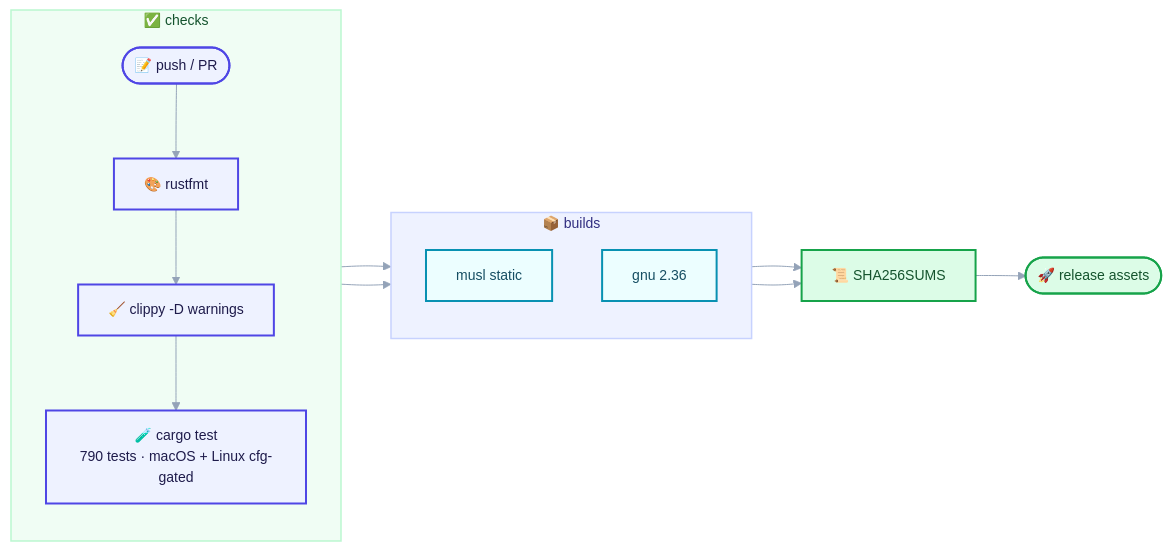
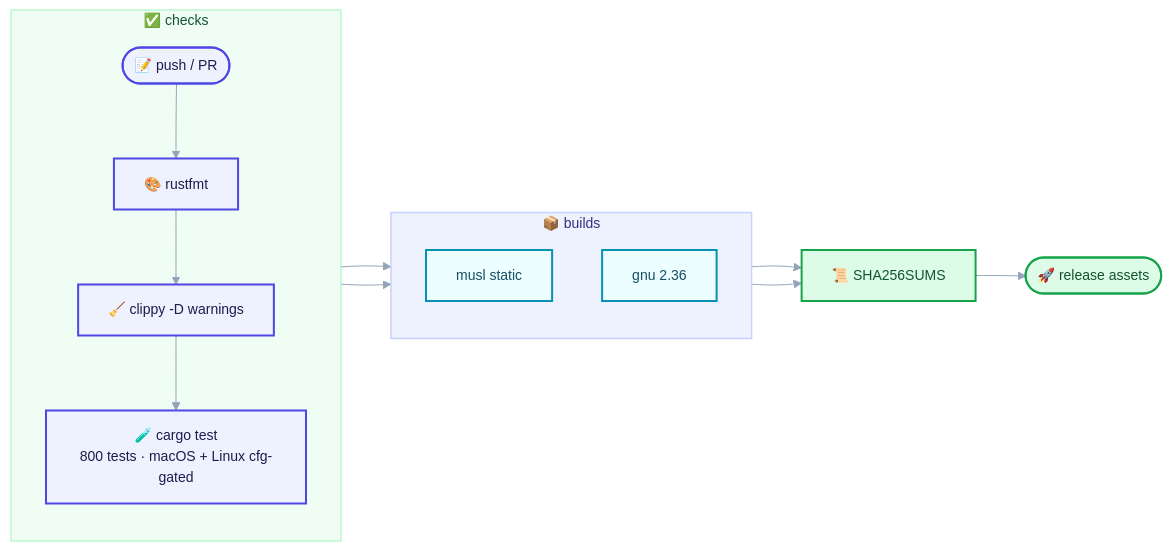
Diagram 31 of 31 in README.md (Terutoki/MyQUIC2), drawn with Mermaid before and after one commit. The commit also changed other lines of this file, not shown here.

Commit message:
docs: refresh the test counts to 800

````diff
--- a/README.md
+++ b/README.md
@@ -2216,30 +2216,30 @@
 ```mermaid
 %%{init: {"theme":"base","themeVariables":{"fontSize":"14px","lineColor":"#94a3b8","textColor":"#0f172a","edgeLabelBackground":"#f8fafc"}}}%%
 flowchart LR
     accTitle: Continuous integration and release pipeline
     accDescr: Formatting, Clippy, and the full test suite gate two static builds, whose artifacts are hashed and published as release assets.
     subgraph CHECK["✅ checks"]
         direction TB
         C(["📝 push / PR"]) --> F["🎨 rustfmt"]
         F --> L["🧹 clippy -D warnings"]
-        L --> T["🧪 cargo test<br/>790 tests · macOS + Linux cfg-gated"]
+        L --> T["🧪 cargo test<br/>800 tests · macOS + Linux cfg-gated"]
     end
     subgraph BUILD["📦 builds"]
         direction TB
         M["musl static"]
         G["gnu 2.36"]
     end
     T --> M
     T --> G
     M --> A["📜 SHA256SUMS"]
     G --> A
     A --> R(["🚀 release assets"])
     classDef tunnel fill:#eef2ff,stroke:#4f46e5,stroke-width:2px,color:#1e1b4b
     classDef wire fill:#ecfeff,stroke:#0891b2,stroke-width:2px,color:#164e63
     classDef edge fill:#dcfce7,stroke:#16a34a,stroke-width:2px,color:#14532d
     class C,F,L,T tunnel
     class M,G wire
     class A,R edge
     style CHECK fill:#f0fdf4,stroke:#bbf7d0,stroke-width:1.5px,color:#14532d
     style BUILD fill:#eef2ff,stroke:#c7d2fe,stroke-width:1.5px,color:#312e81
 ```
````
